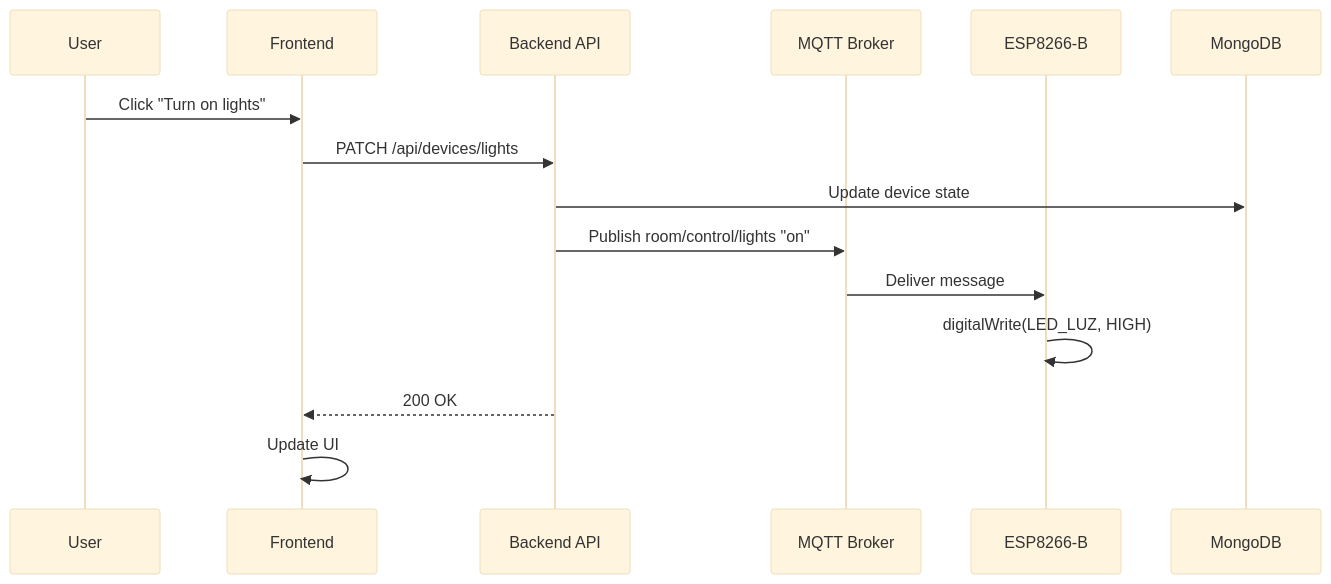
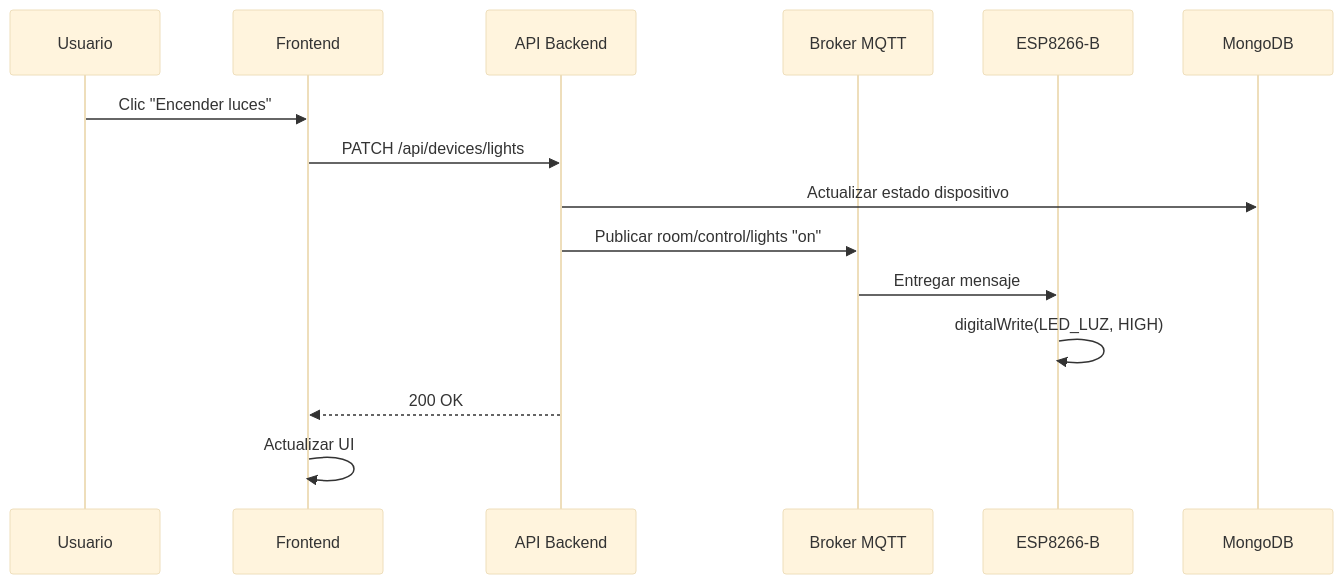
One commit to GerardoMejia1107/SmartRoom changed the fourth of 4 diagrams in docs/ARCHITECTURE.md. Above: the diagram before and after it, drawn with Mermaid (base theme). The commit also changed other lines of this file and 6 other files, not shown here.

````diff
--- a/docs/ARCHITECTURE.md
+++ b/docs/ARCHITECTURE.md
@@ -402,18 +411,18 @@
 ```mermaid
 sequenceDiagram
-    participant User as User
+    participant User as Usuario
     participant FE as Frontend
-    participant API as Backend API
-    participant MQTT as MQTT Broker
+    participant API as API Backend
+    participant MQTT as Broker MQTT
     participant ESP as ESP8266-B
     participant DB as MongoDB
 
-    User->>FE: Click "Turn on lights"
+    User->>FE: Clic "Encender luces"
     FE->>API: PATCH /api/devices/lights
-    API->>DB: Update device state
-    API->>MQTT: Publish room/control/lights "on"
-    MQTT->>ESP: Deliver message
+    API->>DB: Actualizar estado dispositivo
+    API->>MQTT: Publicar room/control/lights "on"
+    MQTT->>ESP: Entregar mensaje
     ESP->>ESP: digitalWrite(LED_LUZ, HIGH)
     API-->>FE: 200 OK
-    FE->>FE: Update UI
+    FE->>FE: Actualizar UI
 ```
````
